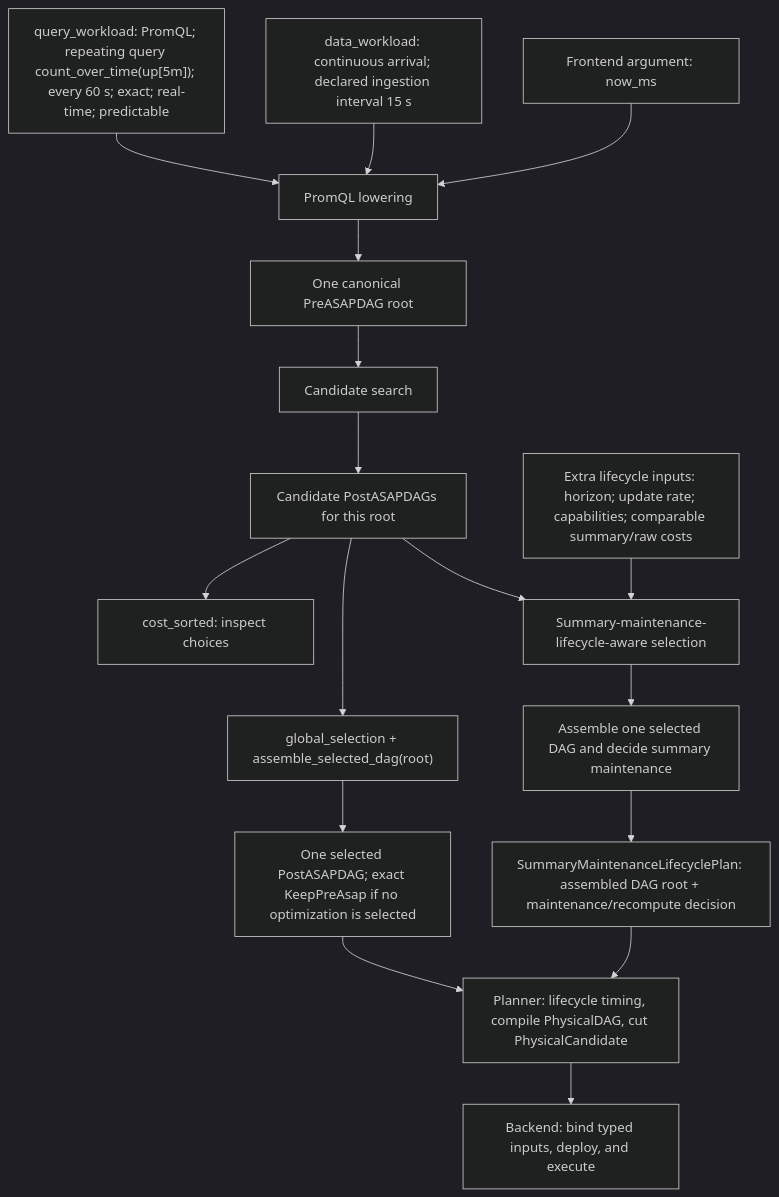
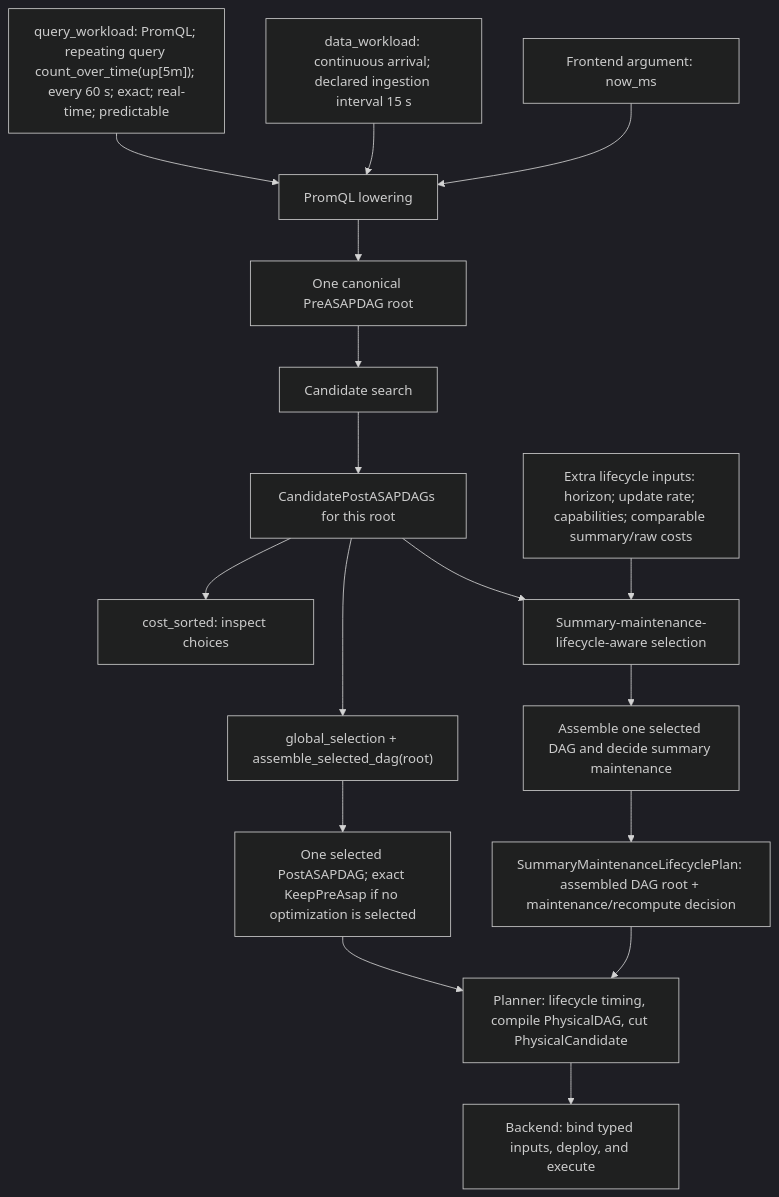
Before and after one commit to ProjectASAP/ASAPPlanner: the first of 2 diagrams in docs/design_docs/architecture/input-output-workflow.md, drawn with Mermaid (dark theme). The commit also changed other lines of this file and 2 other files, not shown here.

First line of the commit message:
docs: unify candidate generation layer outputs

````diff
--- a/docs/design_docs/architecture/input-output-workflow.md
+++ b/docs/design_docs/architecture/input-output-workflow.md
@@ -75,27 +75,27 @@
 ```mermaid
 flowchart TD
     Q["query_workload: PromQL; repeating query count_over_time(up[5m]); every 60 s; exact; real-time; predictable"]
     D["data_workload: continuous arrival; declared ingestion interval 15 s"]
     T["Frontend argument: now_ms"]
     F["PromQL lowering"]
     R["One canonical PreASAPDAG root"]
     S["Candidate search"]
-    P["Candidate PostASAPDAGs for this root"]
+    P["CandidatePostASAPDAGs for this root"]
     I["cost_sorted: inspect choices"]
     G["global_selection + assemble_selected_dag(root)"]
     L["One selected PostASAPDAG; exact KeepPreAsap if no optimization is selected"]
     X["Extra lifecycle inputs: horizon; update rate; capabilities; comparable summary/raw costs"]
     H["Summary-maintenance-lifecycle-aware selection"]
     HM["Assemble one selected DAG and decide summary maintenance"]
     O["SummaryMaintenanceLifecyclePlan: assembled DAG root + maintenance/recompute decision"]
     PC["Planner: lifecycle timing, compile PhysicalDAG, cut PhysicalCandidate"]
     B["Backend: bind typed inputs, deploy, and execute"]
     Q --> F
     D --> F
     T --> F
     F --> R --> S --> P
     P --> I
     P --> G --> L --> PC --> B
     P --> H
     X --> H --> HM --> O --> PC
 ```
````
